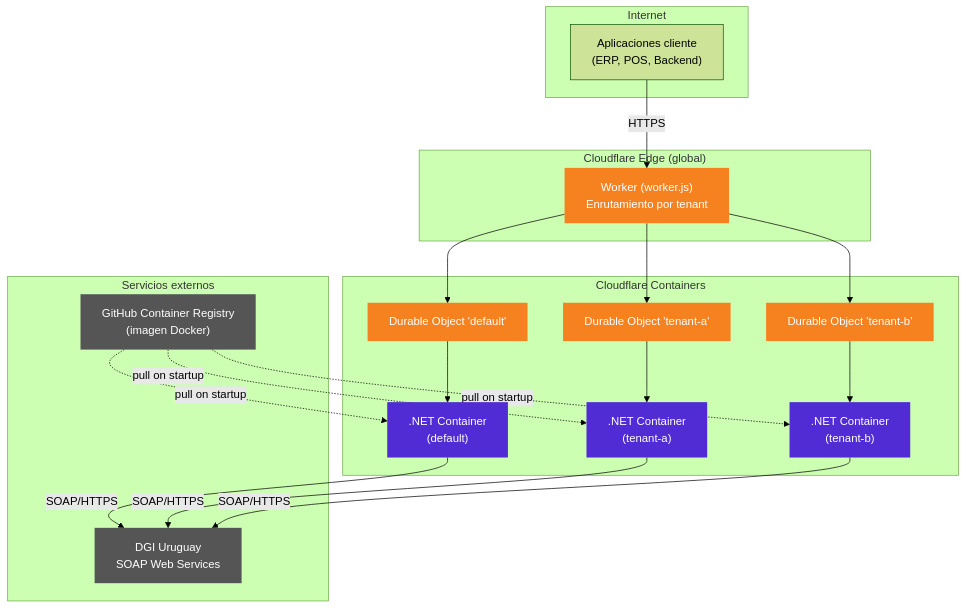
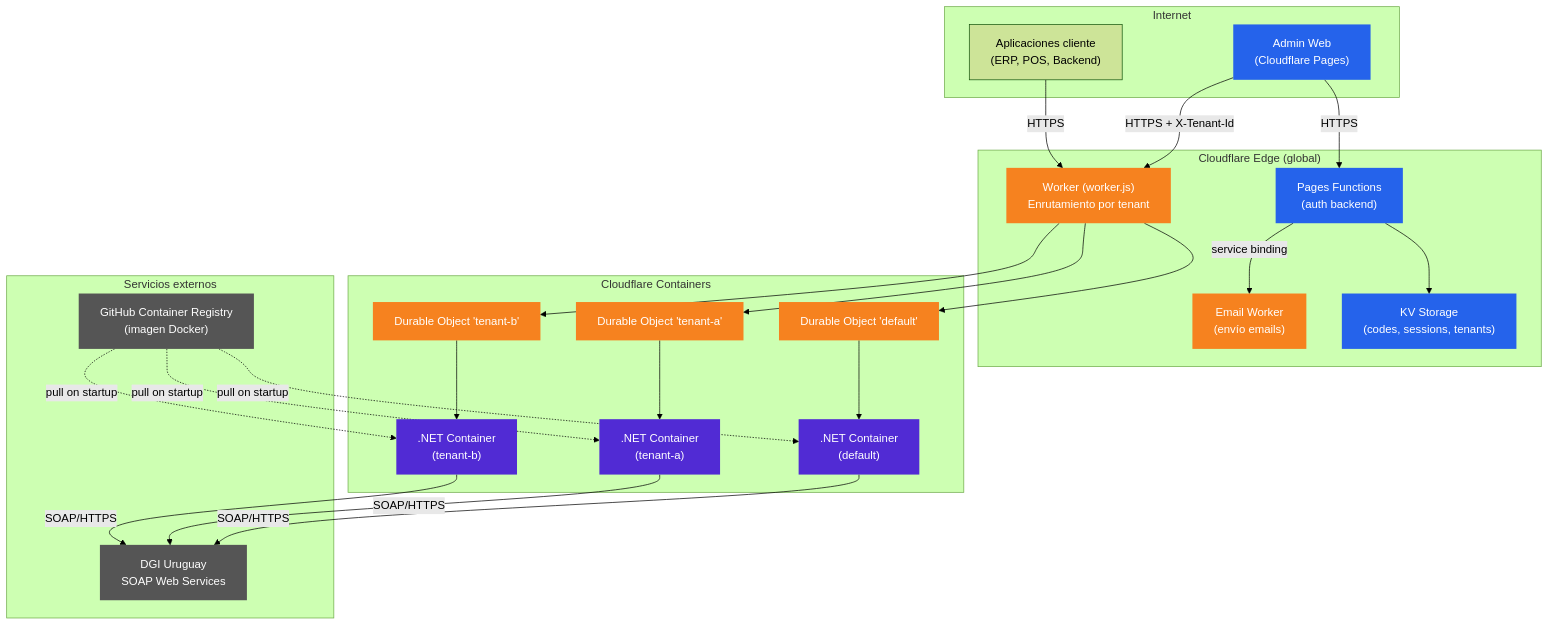
Before and after one commit to MathiasGonzalez/UruFacturaSDK: the first of 8 diagrams in docs/ARQUITECTURA_CLOUDFLARE.md, drawn with Mermaid (forest theme). The commit also changed other lines of this file and 48 other files, not shown here.

First line of the commit message:
fix: require EMAIL_API_KEY auth on email worker, fix doc placeholders (#32)

````diff
--- a/docs/ARQUITECTURA_CLOUDFLARE.md
+++ b/docs/ARQUITECTURA_CLOUDFLARE.md
@@ -28,45 +28,55 @@
 ```mermaid
 graph TD
     subgraph Internet
         Client["Aplicaciones cliente<br/>(ERP, POS, Backend)"]
+        Admin["Admin Web<br/>(Cloudflare Pages)"]
     end
 
     subgraph "Cloudflare Edge (global)"
         Worker["Worker (worker.js)<br/>Enrutamiento por tenant"]
+        EmailW["Email Worker<br/>(envío emails)"]
+        PF["Pages Functions<br/>(auth backend)"]
+        KV["KV Storage<br/>(codes, sessions, tenants)"]
     end
 
     subgraph "Cloudflare Containers"
         DO1["Durable Object 'default'"]
         DO2["Durable Object 'tenant-a'"]
         DO3["Durable Object 'tenant-b'"]
         C1[".NET Container<br/>(default)"]
         C2[".NET Container<br/>(tenant-a)"]
         C3[".NET Container<br/>(tenant-b)"]
     end
 
     subgraph "Servicios externos"
         DGI["DGI Uruguay<br/>SOAP Web Services"]
         GHCR["GitHub Container Registry<br/>(imagen Docker)"]
     end
 
     Client -->|HTTPS| Worker
+    Admin -->|HTTPS| PF
+    Admin -->|"HTTPS + X-Tenant-Id"| Worker
+    PF --> KV
+    PF -->|"service binding"| EmailW
     Worker --> DO1
     Worker --> DO2
     Worker --> DO3
     DO1 --> C1
     DO2 --> C2
     DO3 --> C3
     C1 -->|SOAP/HTTPS| DGI
     C2 -->|SOAP/HTTPS| DGI
     C3 -->|SOAP/HTTPS| DGI
     GHCR -.->|pull on startup| C1
     GHCR -.->|pull on startup| C2
     GHCR -.->|pull on startup| C3
 
     classDef cf fill:#f6821f,color:#fff,stroke:none
     classDef net fill:#512bd4,color:#fff,stroke:none
     classDef ext fill:#555,color:#fff,stroke:none
-    class Worker,DO1,DO2,DO3 cf
+    classDef pages fill:#2563eb,color:#fff,stroke:none
+    class Worker,DO1,DO2,DO3,EmailW cf
     class C1,C2,C3 net
     class DGI,GHCR ext
+    class Admin,PF,KV pages
 ```
````
